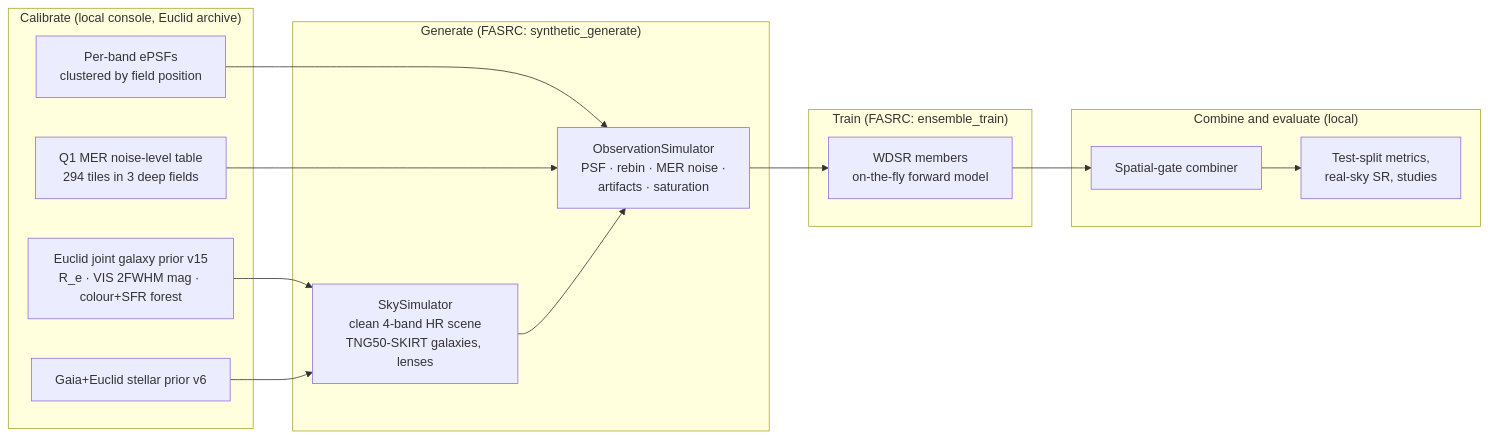
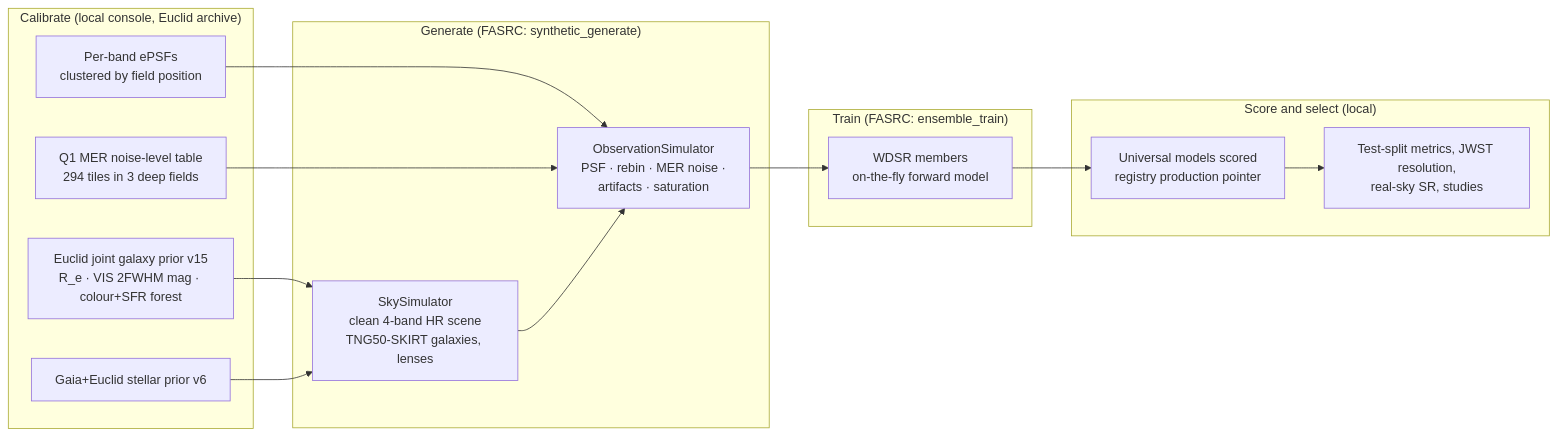
One commit to Alarion239/EuclidPolish changed the diagram in README.md. Above: the diagram before and after it, drawn with Mermaid. The commit also changed other lines of this file, not shown here.

First line of the commit message:
README: universal production model, new training options and real-sky metrics

````diff
--- a/README.md
+++ b/README.md
@@ -40,23 +43,23 @@
 ```mermaid
 flowchart LR
   subgraph Calibrate["Calibrate (local console, Euclid archive)"]
     P1[Euclid joint galaxy prior v15<br/>R_e · VIS 2FWHM mag · colour+SFR forest]
     P2[Gaia+Euclid stellar prior v6]
     P3[Per-band ePSFs<br/>clustered by field position]
     P4[Q1 MER noise-level table<br/>294 tiles in 3 deep fields]
   end
   subgraph Generate["Generate (FASRC: synthetic_generate)"]
     G1[SkySimulator<br/>clean 4-band HR scene<br/>TNG50-SKIRT galaxies, lenses]
     G2[ObservationSimulator<br/>PSF · rebin · MER noise ·<br/>artifacts · saturation]
   end
   subgraph Train["Train (FASRC: ensemble_train)"]
     T1[WDSR members<br/>on-the-fly forward model]
   end
-  subgraph Combine["Combine and evaluate (local)"]
-    C1[Spatial-gate combiner]
-    C2[Test-split metrics,<br/>real-sky SR, studies]
+  subgraph Combine["Score and select (local)"]
+    C1[Universal models scored<br/>registry production pointer]
+    C2[Test-split metrics, JWST resolution,<br/>real-sky SR, studies]
   end
   P1 & P2 --> G1
   P3 & P4 --> G2
   G1 --> G2 --> T1 --> C1 --> C2
 ```
````
